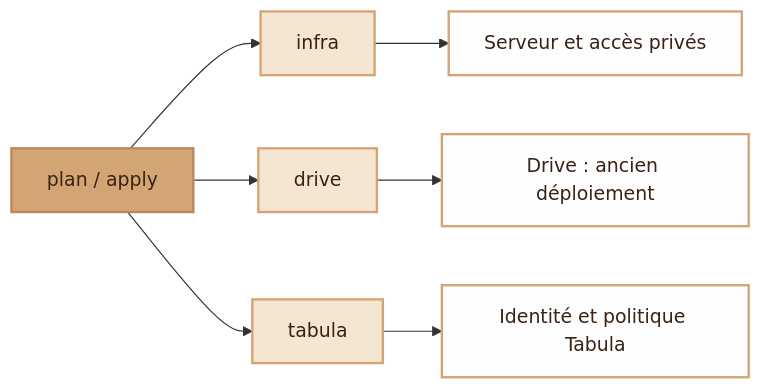
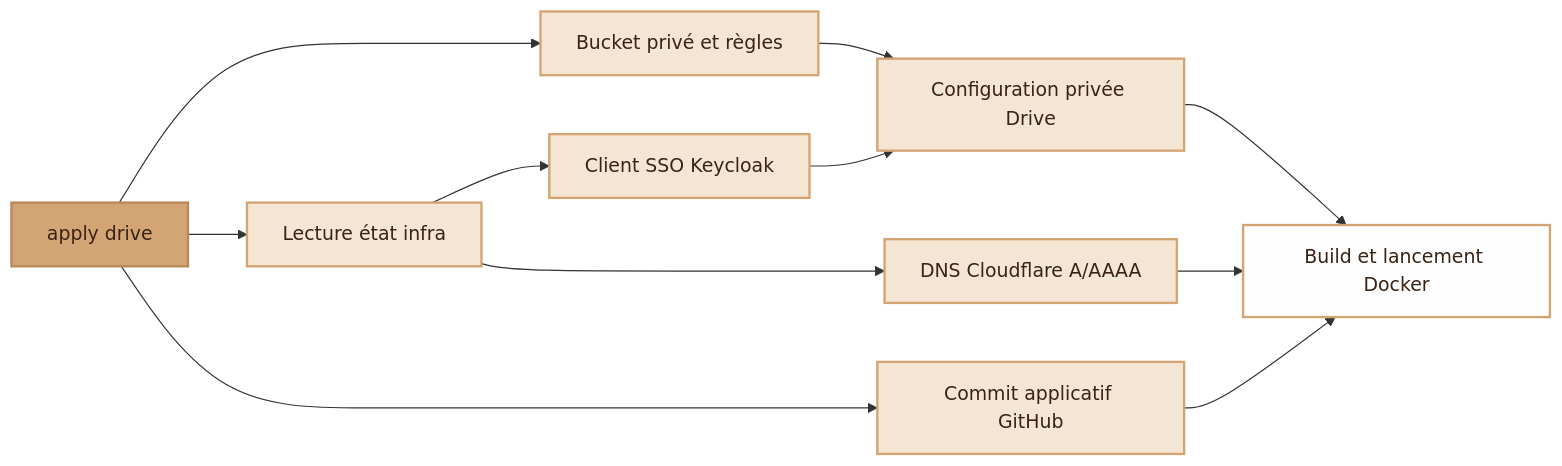
One commit to djdevpro/modern-stack changed the second of 3 diagrams in README.md. Above: the diagram before and after it, drawn with Mermaid. The commit also changed other lines of this file and 3 other files, not shown here.

````diff
--- a/README.md
+++ b/README.md
@@ -17,13 +38,17 @@
 ```mermaid
 graph LR
-    A["plan / apply"]:::chamois --> B["infra"]:::beige
-    A --> C["drive"]:::beige
-    A --> D["tabula"]:::beige
-    B --> E["Serveur et accès privés"]:::blanc
-    C --> F["Drive : ancien déploiement"]:::blanc
-    D --> G["Identité et politique Tabula"]:::blanc
+    A["apply drive"]:::chamois --> B["Lecture état infra"]:::beige
+    A --> C["Bucket privé et règles"]:::beige
+    B --> D["Client SSO Keycloak"]:::beige
+    C --> E["Configuration privée Drive"]:::beige
+    D --> E
+    B --> F["DNS Cloudflare A/AAAA"]:::beige
+    A --> G["Commit applicatif GitHub"]:::beige
+    E --> H["Build et lancement Docker"]:::blanc
+    F --> H
+    G --> H
 
     classDef chamois fill:#d4a574,color:#3b2314,stroke:#b8895a,stroke-width:2px
     classDef blanc fill:#fefefe,color:#3b2314,stroke:#d4a574,stroke-width:2px
     classDef beige fill:#f5e6d3,color:#3b2314,stroke:#d4a574,stroke-width:2px
 ```
````
